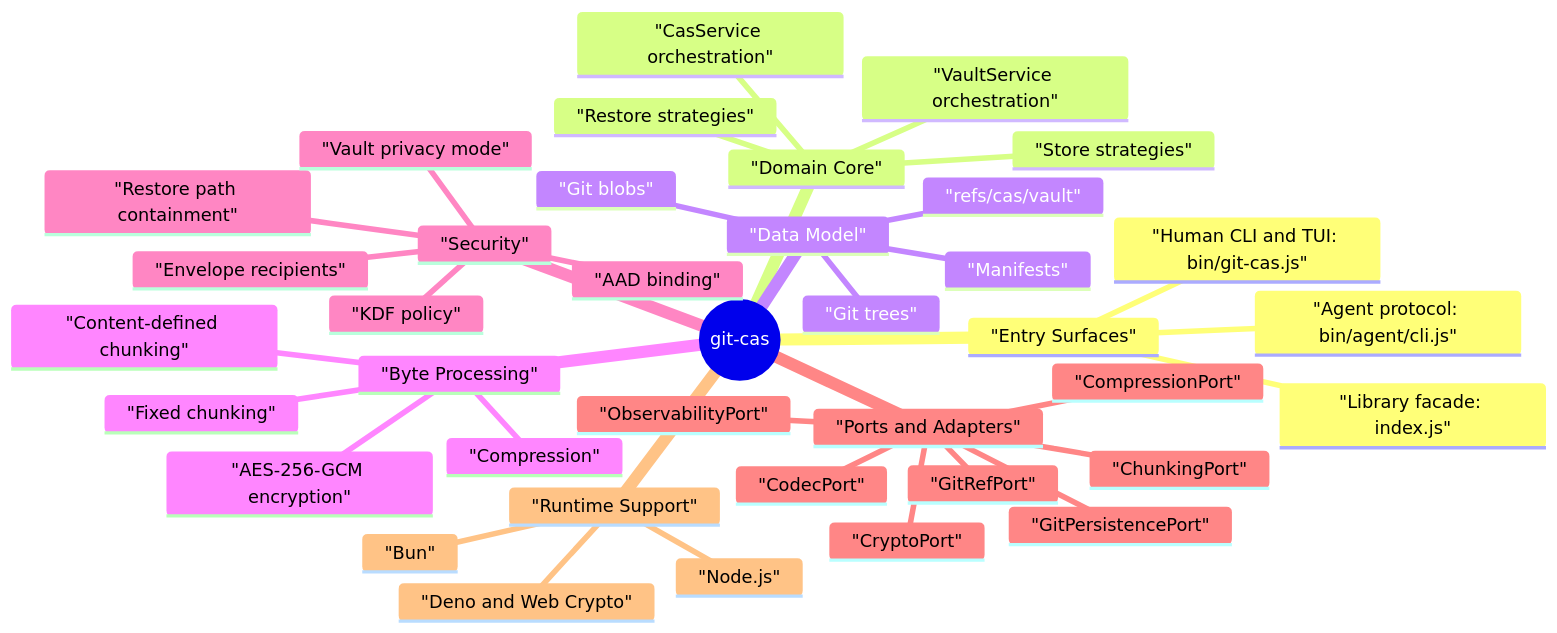
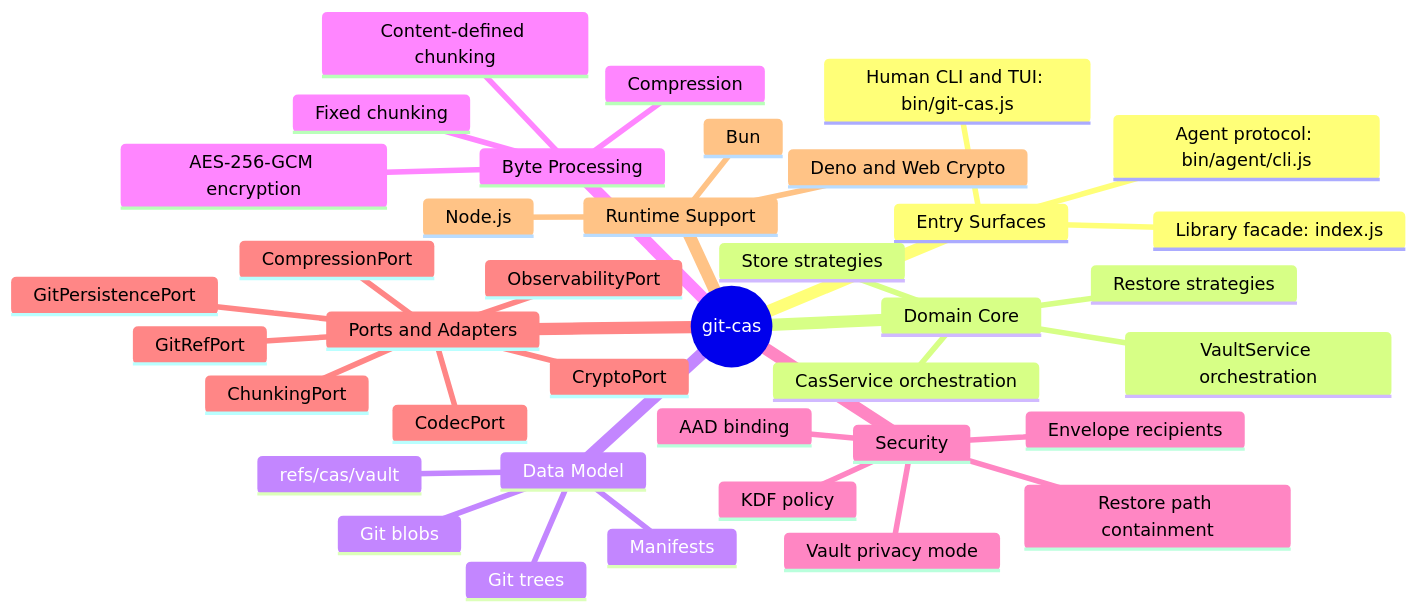
One commit to git-stunts/git-cas changed the first of 24 diagrams in docs/TECHNICAL_TEARDOWN.md. Above: the diagram before and after it, drawn with Mermaid. The commit also changed other lines of this file, not shown here.

Commit message:
docs: Update TECHNICAL_TEARDOWN Mind Map

````diff
--- a/docs/TECHNICAL_TEARDOWN.md
+++ b/docs/TECHNICAL_TEARDOWN.md
@@ -30,41 +30,41 @@
 ```mermaid
 mindmap
   root(("git-cas"))
-    "Entry Surfaces"
-      "Library facade: index.js"
-      "Human CLI and TUI: bin/git-cas.js"
-      "Agent protocol: bin/agent/cli.js"
-    "Domain Core"
-      "CasService orchestration"
-      "Store strategies"
-      "Restore strategies"
-      "VaultService orchestration"
-    "Data Model"
-      "Git blobs"
-      "Manifests"
-      "Git trees"
-      "refs/cas/vault"
-    "Byte Processing"
-      "Fixed chunking"
-      "Content-defined chunking"
-      "Compression"
-      "AES-256-GCM encryption"
-    "Security"
-      "AAD binding"
-      "KDF policy"
-      "Envelope recipients"
-      "Restore path containment"
-      "Vault privacy mode"
-    "Ports and Adapters"
-      "CryptoPort"
-      "GitPersistencePort"
-      "GitRefPort"
-      "ChunkingPort"
-      "CodecPort"
-      "CompressionPort"
-      "ObservabilityPort"
-    "Runtime Support"
-      "Node.js"
-      "Bun"
-      "Deno and Web Crypto"
+    Entry Surfaces
+      Library facade: index.js
+      Human CLI and TUI: bin/git-cas.js
+      Agent protocol: bin/agent/cli.js
+    Domain Core
+      CasService orchestration
+      Store strategies
+      Restore strategies
+      VaultService orchestration
+    Data Model
+      Git blobs
+      Manifests
+      Git trees
+      refs/cas/vault
+    Byte Processing
+      Fixed chunking
+      Content-defined chunking
+      Compression
+      AES-256-GCM encryption
+    Security
+      AAD binding
+      KDF policy
+      Envelope recipients
+      Restore path containment
+      Vault privacy mode
+    Ports and Adapters
+      CryptoPort
+      GitPersistencePort
+      GitRefPort
+      ChunkingPort
+      CodecPort
+      CompressionPort
+      ObservabilityPort
+    Runtime Support
+      Node.js
+      Bun
+      Deno and Web Crypto
 ```
````
